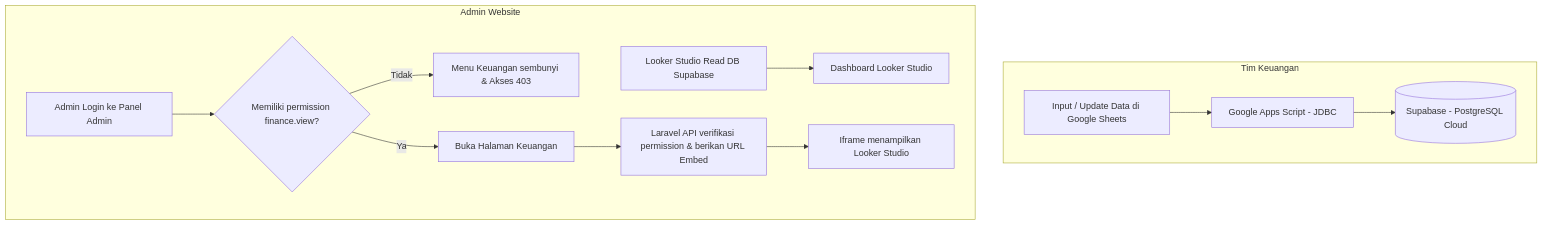
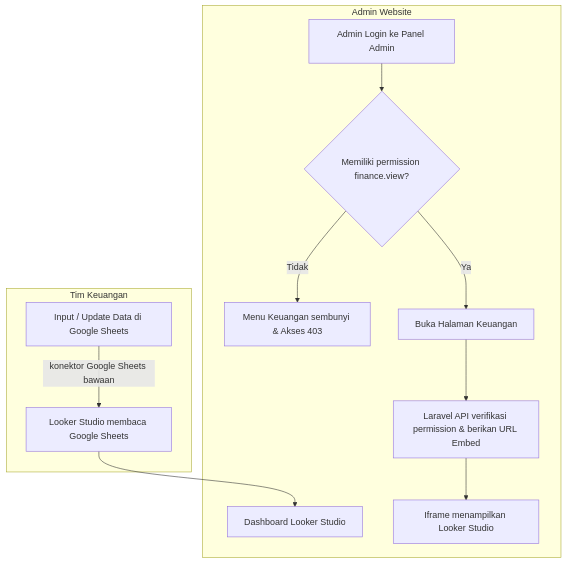
The first of 2 diagrams in docs/PRD-Website-Yayasan-Padindi.md (muhnazli6804-boop/companyprofile), drawn with Mermaid before and after one commit. The commit also changed other lines of this file and 19 other files, not shown here.

````diff
--- a/docs/PRD-Website-Yayasan-Padindi.md
+++ b/docs/PRD-Website-Yayasan-Padindi.md
@@ -298,16 +299,16 @@
 ```mermaid
 flowchart TD
     subgraph Tim Keuangan
-        A[Input / Update Data di Google Sheets] --> B[Google Apps Script - JDBC]
-        B --> C[(Supabase - PostgreSQL Cloud)]
+        A[Input / Update Data di Google Sheets]
+        A -->|konektor Google Sheets bawaan| D
     end
 
     subgraph Admin Website
-        D[Looker Studio Read DB Supabase] --> E[Dashboard Looker Studio]
+        D[Looker Studio membaca Google Sheets] --> E[Dashboard Looker Studio]
         F[Admin Login ke Panel Admin] --> G{Memiliki permission finance.view?}
         G -- Tidak --> H[Menu Keuangan sembunyi & Akses 403]
         G -- Ya --> I[Buka Halaman Keuangan]
         I --> J[Laravel API verifikasi permission & berikan URL Embed]
         J --> K[Iframe menampilkan Looker Studio]
     end
 ```
````
